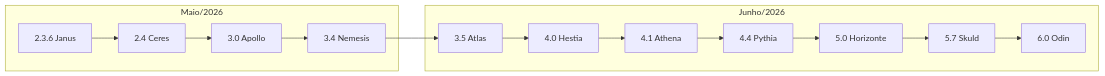
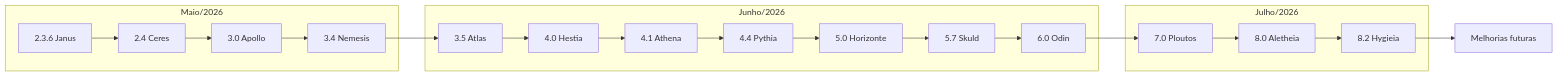
One commit to JaderGabriel/serventec-servlitcys changed the diagram in docs/ENTREGAS_ESCALONADAS.md. Above: the diagram before and after it, drawn with Mermaid. The commit also changed other lines of this file and 7 other files, not shown here.

First line of the commit message:
docs: plano de melhorias futuras nas entregas escalonadas

````diff
--- a/docs/ENTREGAS_ESCALONADAS.md
+++ b/docs/ENTREGAS_ESCALONADAS.md
@@ -23,17 +30,23 @@
 ```mermaid
 flowchart LR
     subgraph jun [Junho/2026]
         A[3.5 Atlas] --> B[4.0 Hestia]
         B --> C[4.1 Athena]
         C --> D[4.4 Pythia]
         D --> E[5.0 Horizonte]
         E --> F[5.7 Skuld]
         F --> G[6.0 Odin]
     end
     subgraph mai [Maio/2026]
         H[2.3.6 Janus] --> I[2.4 Ceres]
         I --> J[3.0 Apollo]
         J --> K[3.4 Nemesis]
     end
+    subgraph jul [Julho/2026]
+        L[7.0 Ploutos] --> M[8.0 Aletheia]
+        M --> N[8.2 Hygieia]
+    end
     K --> A
+    G --> L
+    N --> P[Melhorias futuras]
 ```
````
